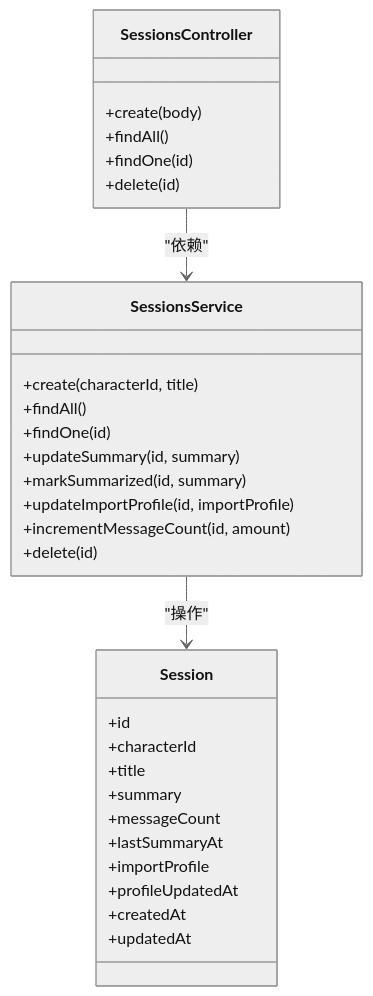
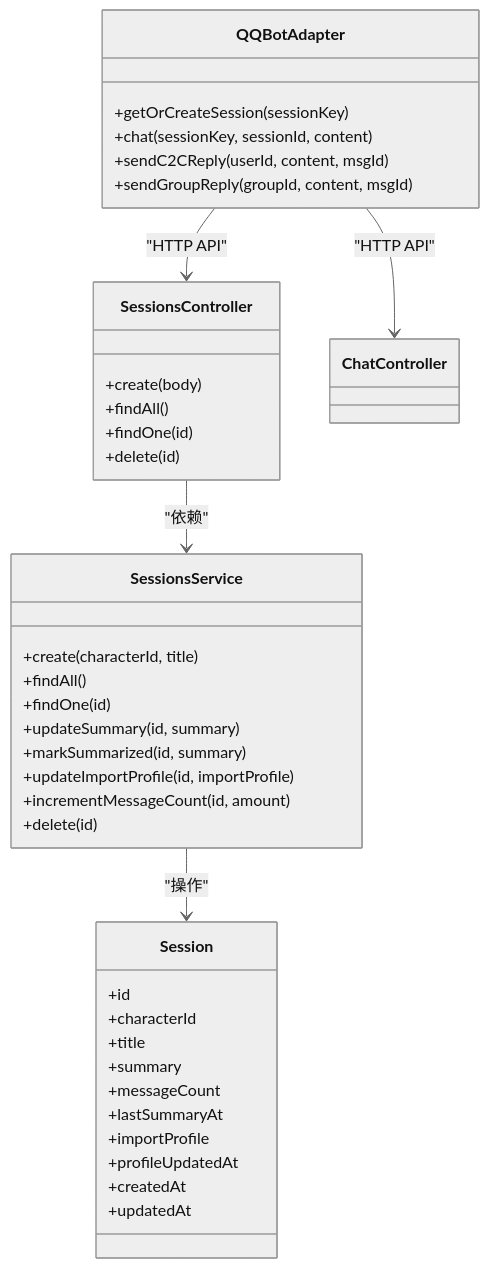
Before and after one commit to L1mingyoung/ex: the fifth of 5 diagrams in .qoder/repowiki/zh/content/API接口文档/会话管理接口.md, drawn with Mermaid (neutral theme). The commit also changed other lines of this file and 9 other files, not shown here.

````diff
--- a/.qoder/repowiki/zh/content/API接口文档/会话管理接口.md
+++ b/.qoder/repowiki/zh/content/API接口文档/会话管理接口.md
@@ -289,33 +376,41 @@
 ```mermaid
 classDiagram
 class SessionsController {
 +create(body)
 +findAll()
 +findOne(id)
 +delete(id)
 }
 class SessionsService {
 +create(characterId, title)
 +findAll()
 +findOne(id)
 +updateSummary(id, summary)
 +markSummarized(id, summary)
 +updateImportProfile(id, importProfile)
 +incrementMessageCount(id, amount)
 +delete(id)
 }
 class Session {
 +id
 +characterId
 +title
 +summary
 +messageCount
 +lastSummaryAt
 +importProfile
 +profileUpdatedAt
 +createdAt
 +updatedAt
 }
+class QQBotAdapter {
++getOrCreateSession(sessionKey)
++chat(sessionKey, sessionId, content)
++sendC2CReply(userId, content, msgId)
++sendGroupReply(groupId, content, msgId)
+}
 SessionsController --> SessionsService : "依赖"
 SessionsService --> Session : "操作"
+QQBotAdapter --> SessionsController : "HTTP API"
+QQBotAdapter --> ChatController : "HTTP API"
 ```
````
